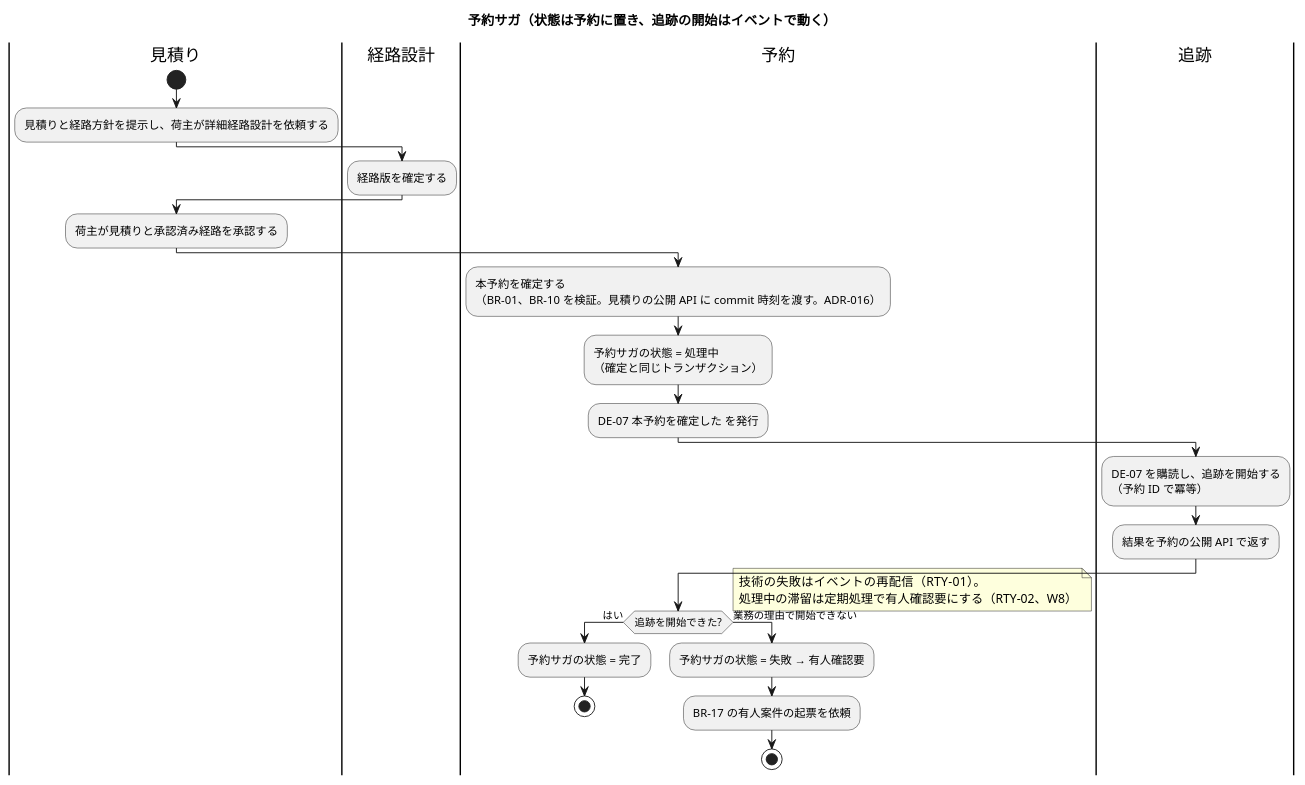
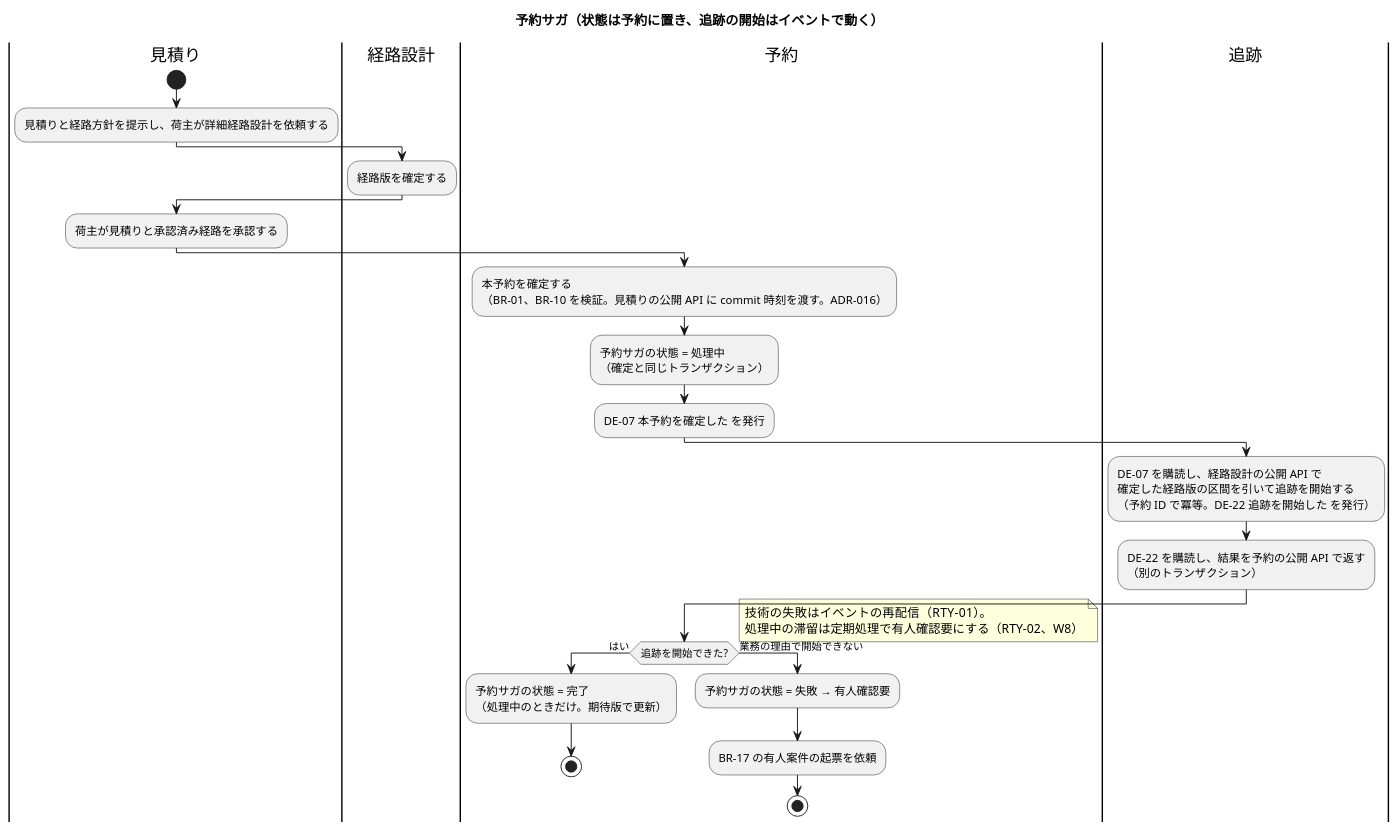
Before and after one commit to k2works/practical-domain-driven-design-in-enterpris-application: the fourth of 4 diagrams in docs/design/cargo-tracker/architecture_backend.md, drawn with PlantUML. The commit also changed other lines of this file and 18 other files, not shown here.

````diff
--- a/docs/design/cargo-tracker/architecture_backend.md
+++ b/docs/design/cargo-tracker/architecture_backend.md
@@ -329,32 +330,32 @@
 ```plantuml
 @startuml
 title 予約サガ（状態は予約に置き、追跡の開始はイベントで動く）
 |見積り|
 start
 :見積りと経路方針を提示し、荷主が詳細経路設計を依頼する;
 |経路設計|
 :経路版を確定する;
 |見積り|
 :荷主が見積りと承認済み経路を承認する;
 |予約|
 :本予約を確定する\n（BR-01、BR-10 を検証。見積りの公開 API に commit 時刻を渡す。ADR-016）;
 :予約サガの状態 = 処理中\n（確定と同じトランザクション）;
 :DE-07 本予約を確定した を発行;
 |追跡|
-:DE-07 を購読し、追跡を開始する\n（予約 ID で冪等）;
-:結果を予約の公開 API で返す;
+:DE-07 を購読し、経路設計の公開 API で\n確定した経路版の区間を引いて追跡を開始する\n（予約 ID で冪等。DE-22 追跡を開始した を発行）;
+:DE-22 を購読し、結果を予約の公開 API で返す\n（別のトランザクション）;
 |予約|
 if (追跡を開始できた?) then (はい)
-  :予約サガの状態 = 完了;
+  :予約サガの状態 = 完了\n（処理中のときだけ。期待版で更新）;
   stop
 else (業務の理由で開始できない)
   :予約サガの状態 = 失敗 → 有人確認要;
   :BR-17 の有人案件の起票を依頼;
   stop
 endif
 note right
   技術の失敗はイベントの再配信（RTY-01）。
   処理中の滞留は定期処理で有人確認要にする（RTY-02、W8）
 end note
 @enduml
 ```
````
